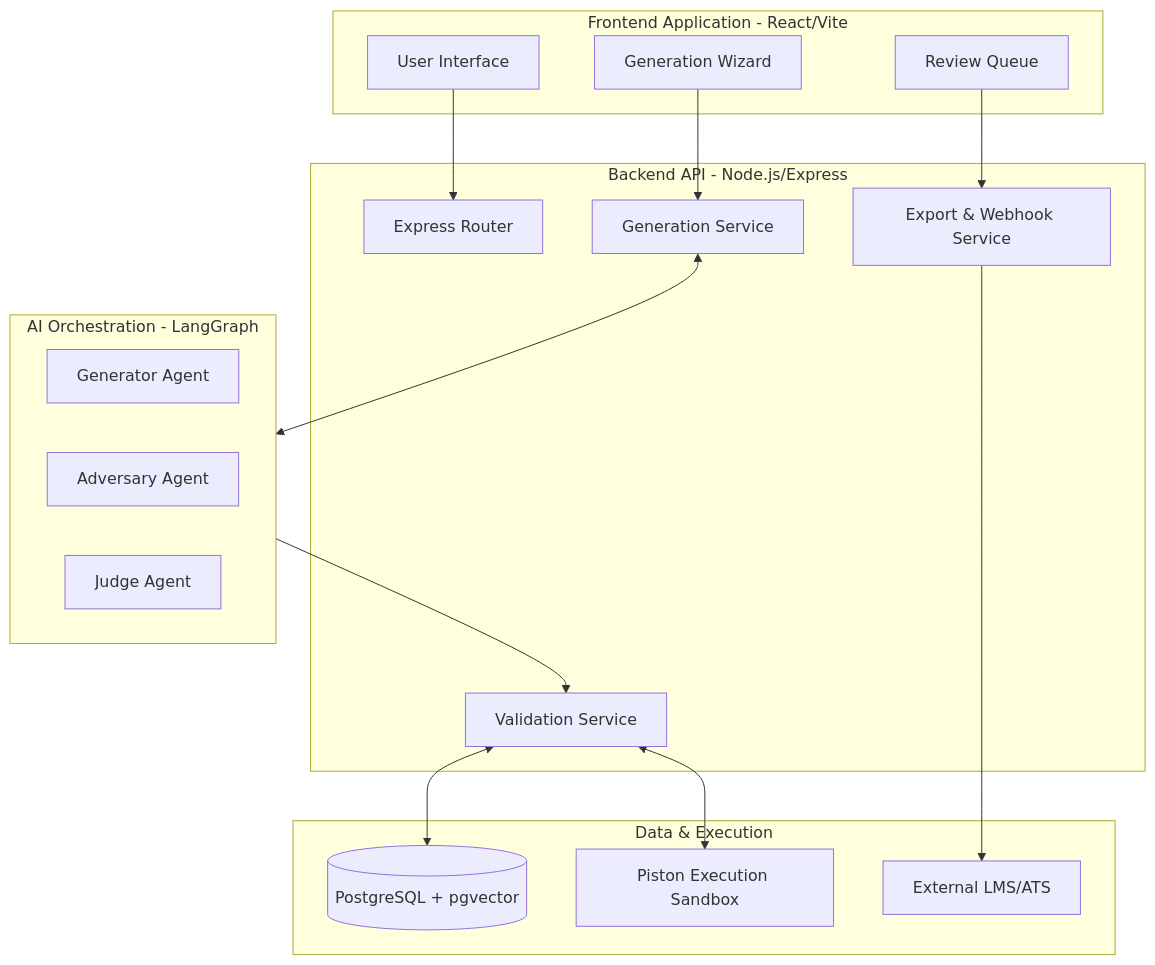
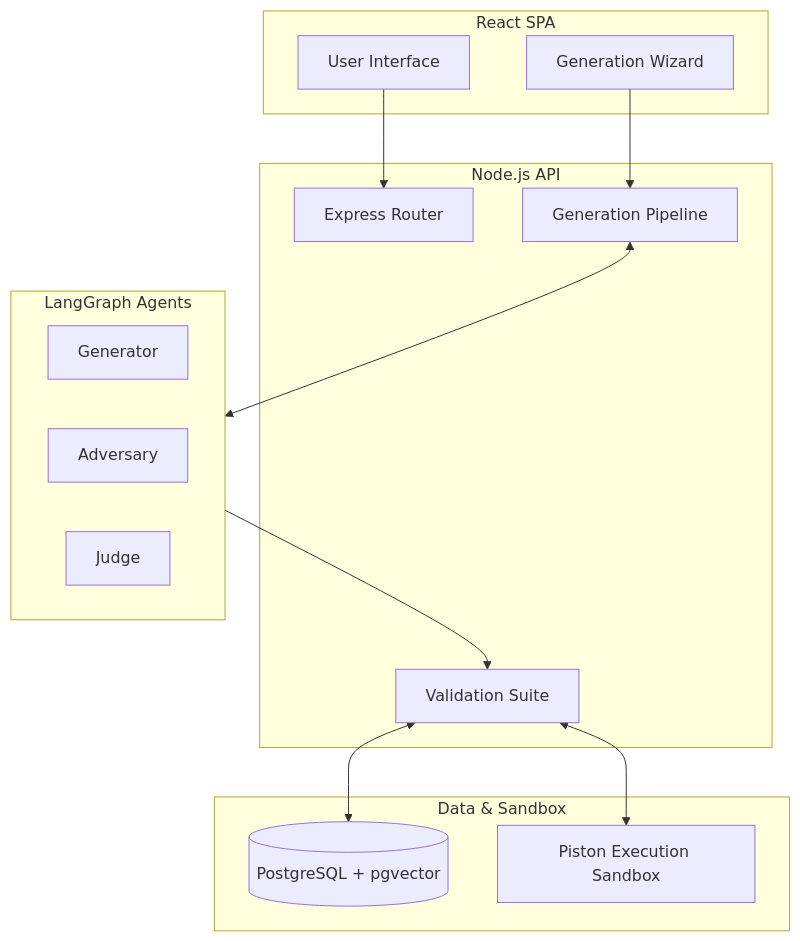
One commit to yashsrivastava1408/QuestionForge changed the first of 4 diagrams in README.md. Above: the diagram before and after it, drawn with Mermaid. The commit also changed other lines of this file, not shown here.

````diff
--- a/README.md
+++ b/README.md
@@ -25,37 +71,31 @@
 ```mermaid
 flowchart TD
-    subgraph Frontend [Frontend Application - React/Vite]
+    subgraph Frontend [React SPA]
         UI[User Interface]
         Wiz[Generation Wizard]
-        Rev[Review Queue]
     end
 
-    subgraph Backend [Backend API - Node.js/Express]
+    subgraph Backend [Node.js API]
         API[Express Router]
-        GenService[Generation Service]
-        ValService[Validation Service]
-        ExpService[Export & Webhook Service]
+        GenService[Generation Pipeline]
+        ValService[Validation Suite]
     end
 
-    subgraph Orchestration [AI Orchestration - LangGraph]
-        AgentGen[Generator Agent]
-        AgentAdv[Adversary Agent]
-        AgentJudge[Judge Agent]
+    subgraph AI_Orchestration [LangGraph Agents]
+        AgentGen[Generator]
+        AgentAdv[Adversary]
+        AgentJudge[Judge]
     end
 
-    subgraph Infrastructure [Data & Execution]
+    subgraph Infrastructure [Data & Sandbox]
         DB[(PostgreSQL + pgvector)]
         Sandbox[Piston Execution Sandbox]
-        LMS[External LMS/ATS]
     end
 
     UI --> API
     Wiz --> GenService
-    Rev --> ExpService
-
-    GenService <--> Orchestration
-    Orchestration --> ValService
+    GenService <--> AI_Orchestration
+    AI_Orchestration --> ValService
     ValService <--> Sandbox
     ValService <--> DB
-    ExpService --> LMS
 ```
````
